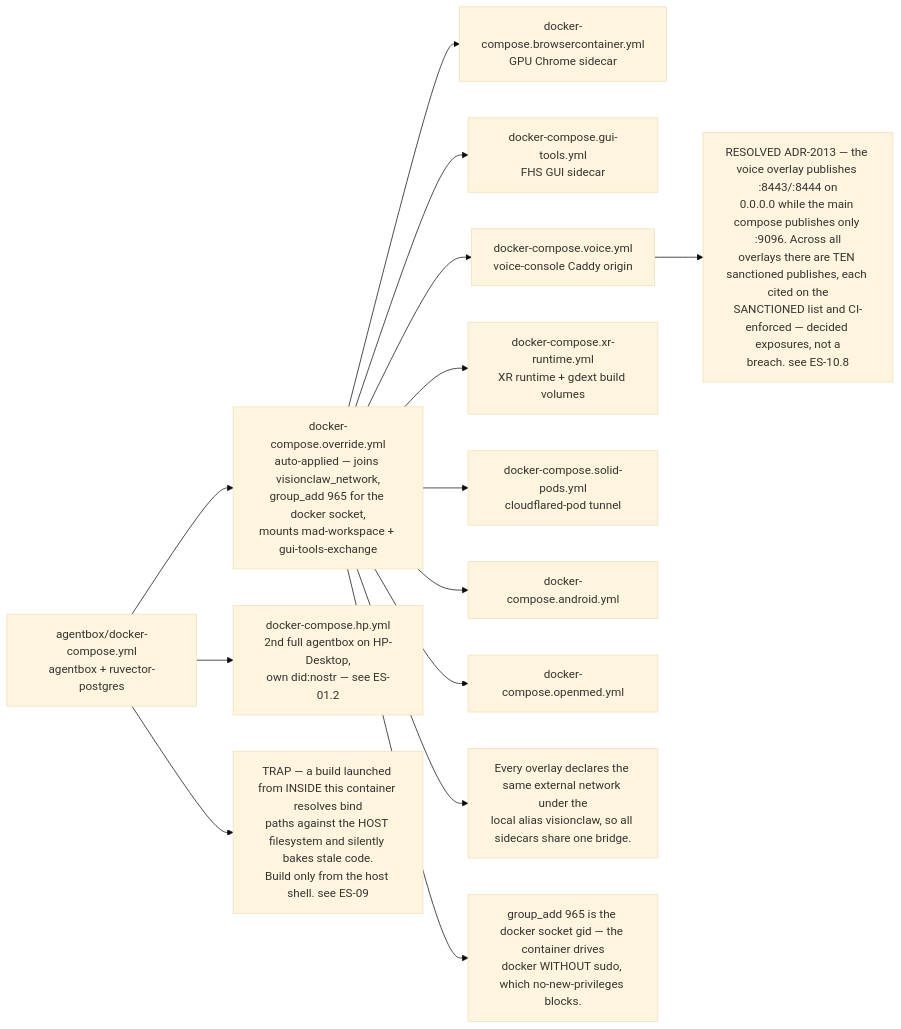
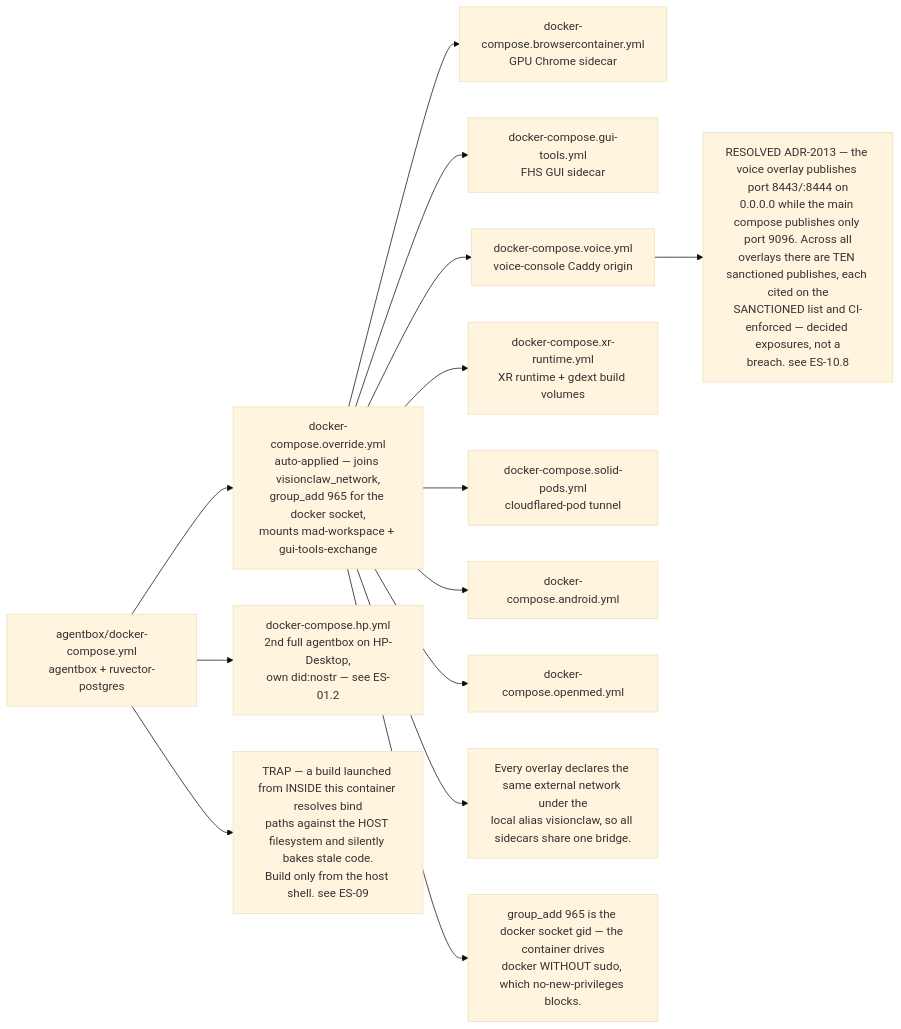
Before and after one commit to DreamLab-AI/VisionFlow: the fifth of 6 diagrams in docs/diagrams/estate/01-estate-topology.md, drawn with Mermaid (base theme). The commit also changed other lines of this file and 51 other files, not shown here.

First line of the commit message:
docs(diagrams): agentbox AB-01..13 re-attested anchor by anchor (980 anchors, 22 defects); checkpoint against an out-of-mesh writer

````diff
--- a/docs/diagrams/estate/01-estate-topology.md
+++ b/docs/diagrams/estate/01-estate-topology.md
@@ -192,33 +192,33 @@
 ```mermaid
 flowchart LR
     BASE["agentbox/docker-compose.yml<br/>agentbox + ruvector-postgres"]
     OV["docker-compose.override.yml<br/>auto-applied — joins visionclaw_network,<br/>group_add 965 for the docker socket,<br/>mounts mad-workspace + gui-tools-exchange"]
     HP["docker-compose.hp.yml<br/>2nd full agentbox on HP-Desktop,<br/>own did:nostr — see ES-01.2"]
     BCF["docker-compose.browsercontainer.yml<br/>GPU Chrome sidecar"]
     GTF["docker-compose.gui-tools.yml<br/>FHS GUI sidecar"]
     VF["docker-compose.voice.yml<br/>voice-console Caddy origin"]
     XF["docker-compose.xr-runtime.yml<br/>XR runtime + gdext build volumes"]
     SPF["docker-compose.solid-pods.yml<br/>cloudflared-pod tunnel"]
     ANF["docker-compose.android.yml"]
     OMF["docker-compose.openmed.yml"]
 
     BASE --> OV
     OV --> BCF
     OV --> GTF
     OV --> VF
     OV --> XF
     OV --> SPF
     OV --> ANF
     OV --> OMF
     BASE --> HP
 
     N1["Every overlay declares the same external network under the<br/>local alias visionclaw, so all sidecars share one bridge."]
     N2["group_add 965 is the docker socket gid — the container drives<br/>docker WITHOUT sudo, which no-new-privileges blocks."]
-    D1["RESOLVED ADR-2013 — the voice overlay publishes :8443/:8444 on<br/>0.0.0.0 while the main compose publishes only :9096. Across all<br/>overlays there are TEN sanctioned publishes, each cited on the<br/>SANCTIONED list and CI-enforced — decided exposures, not a<br/>breach. see ES-10.8"]
+    D1["RESOLVED ADR-2013 — the voice overlay publishes port 8443/:8444 on<br/>0.0.0.0 while the main compose publishes only port 9096. Across all<br/>overlays there are TEN sanctioned publishes, each cited on the<br/>SANCTIONED list and CI-enforced — decided exposures, not a<br/>breach. see ES-10.8"]
     D2["TRAP — a build launched from INSIDE this container resolves bind<br/>paths against the HOST filesystem and silently bakes stale code.<br/>Build only from the host shell. see ES-09"]
 
     OV --> N1
     OV --> N2
     VF --> D1
     BASE --> D2
 ```
````
